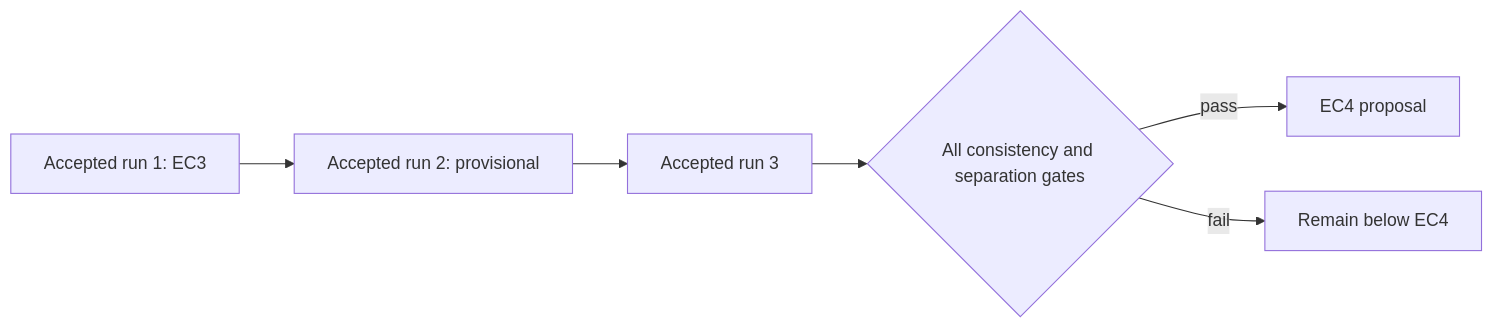
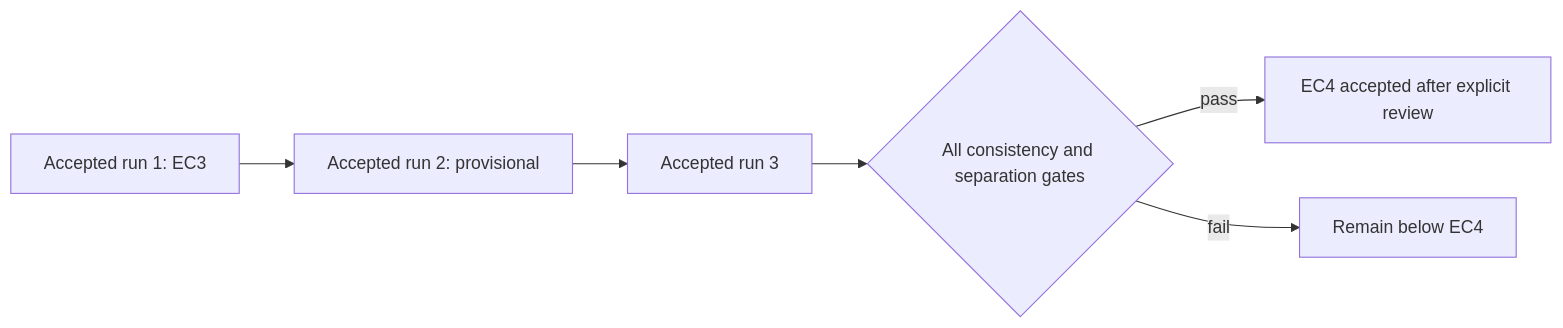
One commit to snsd-hybridinfra/snsd-multicloud-ops changed the fourth of 4 diagrams in docs/zero-trust/packages/zt-rv-001-repeatable-runtime-validation-pilot.md. Above: the diagram before and after it, drawn with Mermaid. The commit also changed other lines of this file and 32 other files, not shown here.

````diff
--- a/docs/zero-trust/packages/zt-rv-001-repeatable-runtime-validation-pilot.md
+++ b/docs/zero-trust/packages/zt-rv-001-repeatable-runtime-validation-pilot.md
@@ -64,8 +64,8 @@
 ```mermaid
 flowchart LR
   R1["Accepted run 1: EC3"] --> R2["Accepted run 2: provisional"]
   R2 --> R3["Accepted run 3"]
   R3 --> G{"All consistency and separation gates"}
-  G -->|pass| E["EC4 proposal"]
+  G -->|pass| E["EC4 accepted after explicit review"]
   G -->|fail| H["Remain below EC4"]
 ```
````
